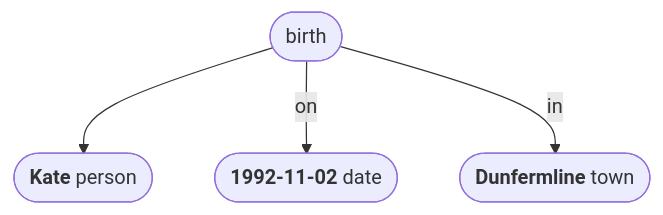
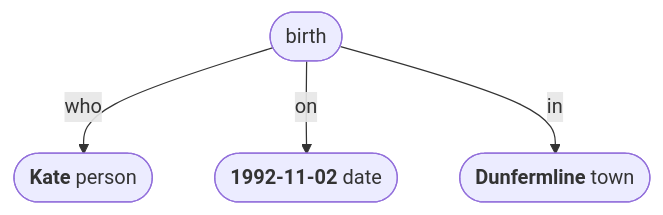
One commit to conmaol/maglocunus changed the first of 11 diagrams in d/data.md. Above: the diagram before and after it, drawn with Mermaid. The commit also changed other lines of this file, not shown here.

````diff
--- a/d/data.md
+++ b/d/data.md
@@ -11,10 +11,10 @@
 ```mermaid
 flowchart TD
     a([birth])
     b(["`**Kate** person`"])
     c(["`**1992-11-02** date`"])
     d(["`**Dunfermline** town`"])
-    a --> b
+    a -- who --> b
     a -- on --> c
     a -- in --> d
 ```
````
